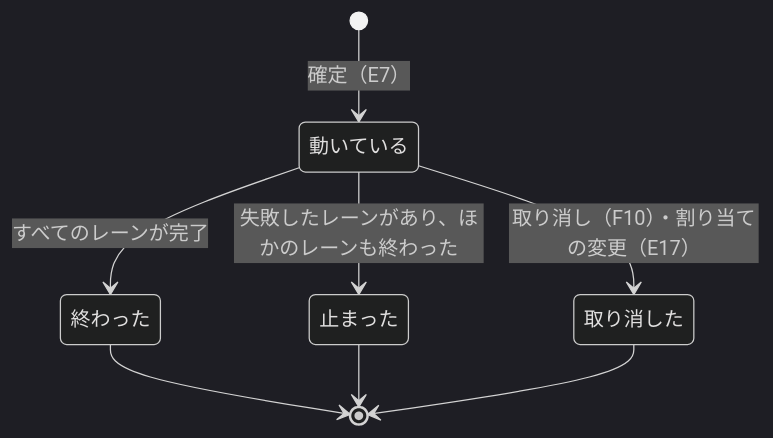
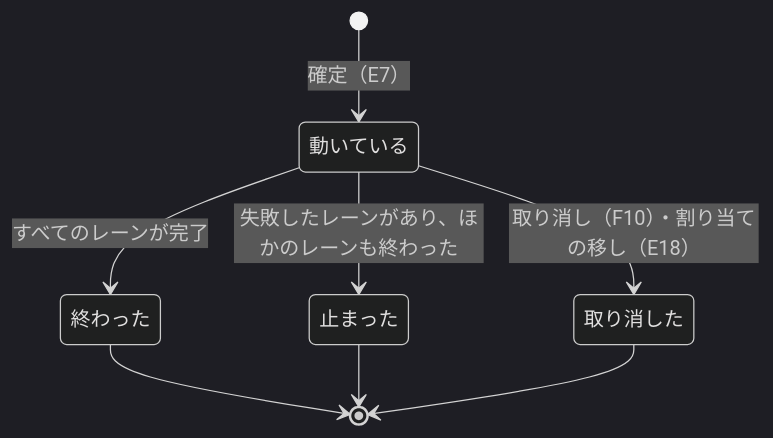
Before and after one commit to devbasex/nd-factory: the third of 10 diagrams in docs/design/execution.md, drawn with Mermaid (dark theme). The commit also changed other lines of this file and 3 other files, not shown here.

````diff
--- a/docs/design/execution.md
+++ b/docs/design/execution.md
@@ -90,10 +90,10 @@
 ```mermaid
 stateDiagram-v2
     [*] --> 動いている: 確定（E7）
     動いている --> 終わった: すべてのレーンが完了
     動いている --> 止まった: 失敗したレーンがあり、ほかのレーンも終わった
-    動いている --> 取り消した: 取り消し（F10）・割り当ての変更（E17）
+    動いている --> 取り消した: 取り消し（F10）・割り当ての移し（E18）
     終わった --> [*]
     止まった --> [*]
     取り消した --> [*]
 ```
````
